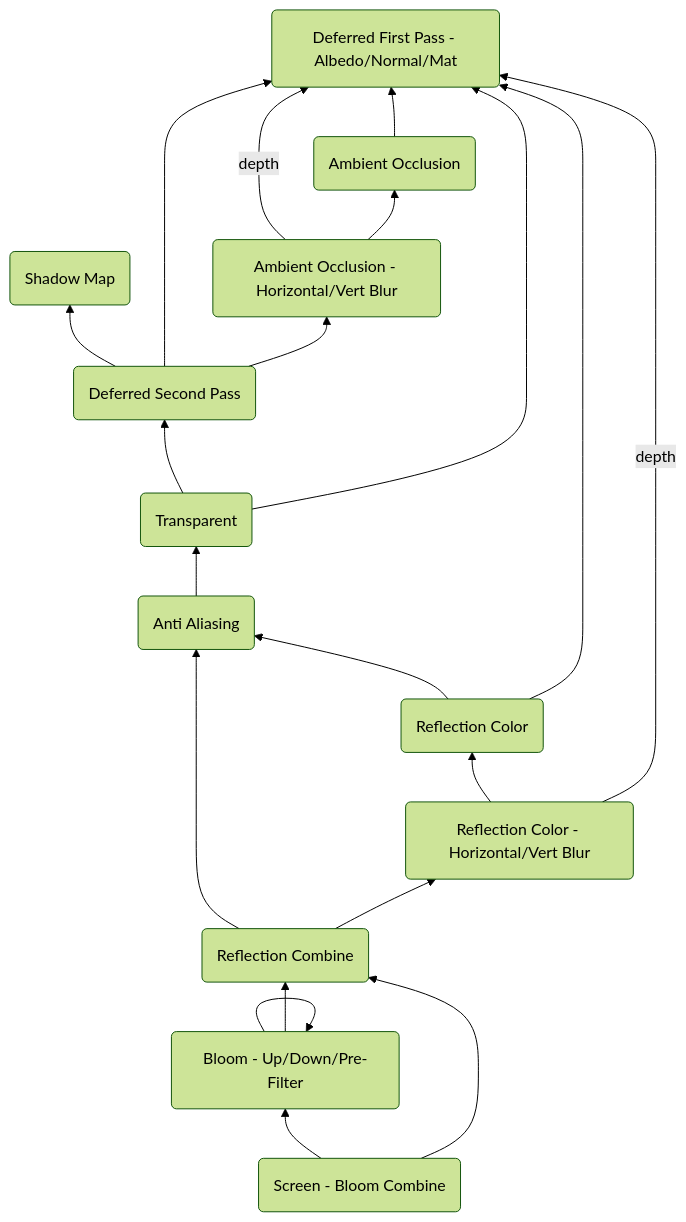
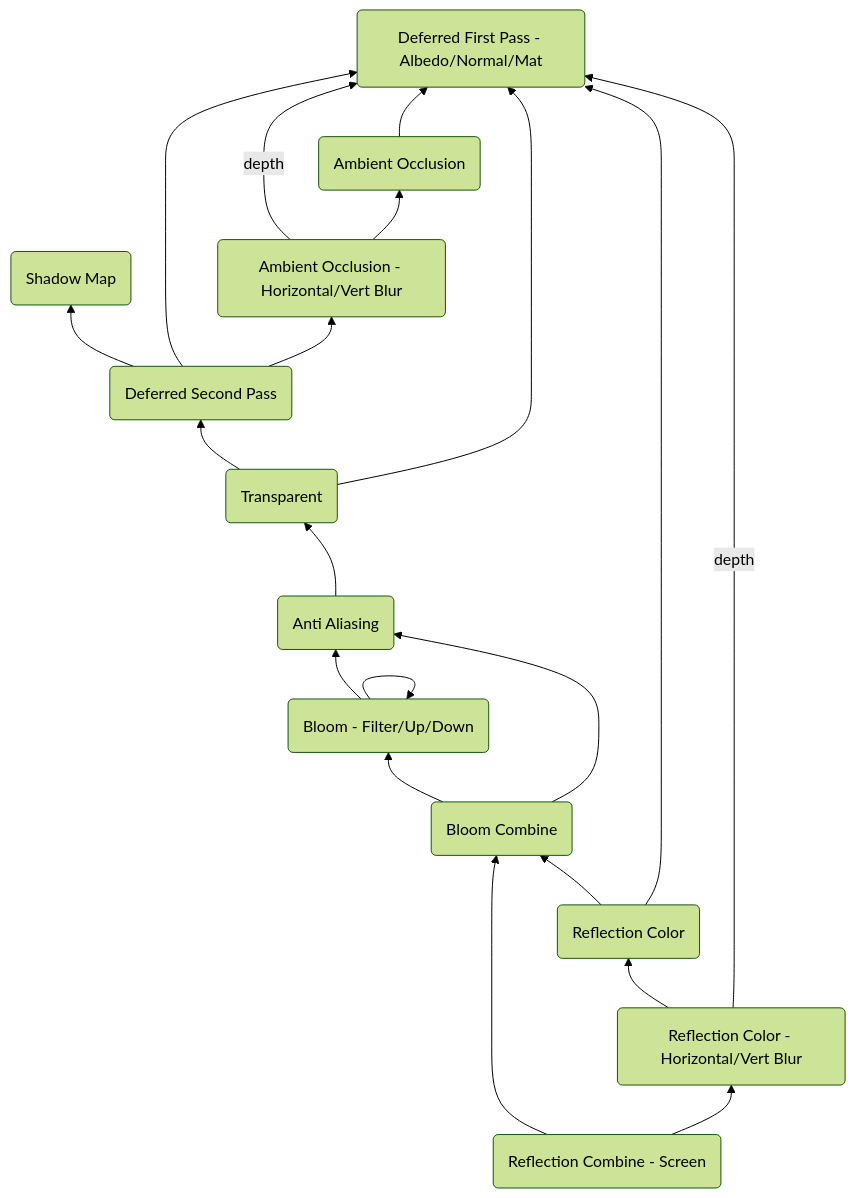
One commit to petitg1987/urchinEngine changed the diagram in 3dEngine/docs/DependencyGraph.md. Above: the diagram before and after it, drawn with Mermaid (forest theme). The commit also changed 9 other files, not shown here.

Commit message:
Screen Space Reflection - part 22 - inverse bloom and reflection

````diff
--- a/3dEngine/docs/DependencyGraph.md
+++ b/3dEngine/docs/DependencyGraph.md
@@ -3,22 +3,22 @@
 ```mermaid
 graph BT
-    Screen(Screen - Bloom Combine) --> Bloom(Bloom - Up/Down/Pre-Filter)
-    Screen --> ReflectionCombine(Reflection Combine)
-    Bloom --> Bloom
-    Bloom --> ReflectionCombine
-    ReflectionCombine --> AntiAliasing(Anti Aliasing)
+    ReflectionCombine(Reflection Combine - Screen) --> BloomCombine(Bloom Combine)
     ReflectionCombine --> ReflectionColorBlur(Reflection Color - Horizontal/Vert Blur)
     ReflectionColorBlur --> ReflectionColor(Reflection Color)
     ReflectionColorBlur -->|depth| DeferredFirstPass(Deferred First Pass - Albedo/Normal/Mat)
-    ReflectionColor --> AntiAliasing(Anti Aliasing)
+    ReflectionColor --> BloomCombine
+    BloomCombine --> BloomFilterUpDown(Bloom - Filter/Up/Down)
+    BloomCombine --> AntiAliasing(Anti Aliasing)
+    BloomFilterUpDown --> BloomFilterUpDown
+    BloomFilterUpDown --> AntiAliasing
     ReflectionColor --> DeferredFirstPass
     AntiAliasing --> Transparent(Transparent)
     Transparent --> DeferredSecondPass(Deferred Second Pass)
     DeferredSecondPass --> ShadowMap(Shadow Map)
     DeferredSecondPass --> DeferredFirstPass
     Transparent --> DeferredFirstPass
     DeferredSecondPass --> AmbientOcclusionBlur(Ambient Occlusion - Horizontal/Vert Blur)
     AmbientOcclusionBlur -->|depth| DeferredFirstPass
     AmbientOcclusionBlur --> AmbientOcclusion(Ambient Occlusion)
     AmbientOcclusion --> DeferredFirstPass
 ```
````
